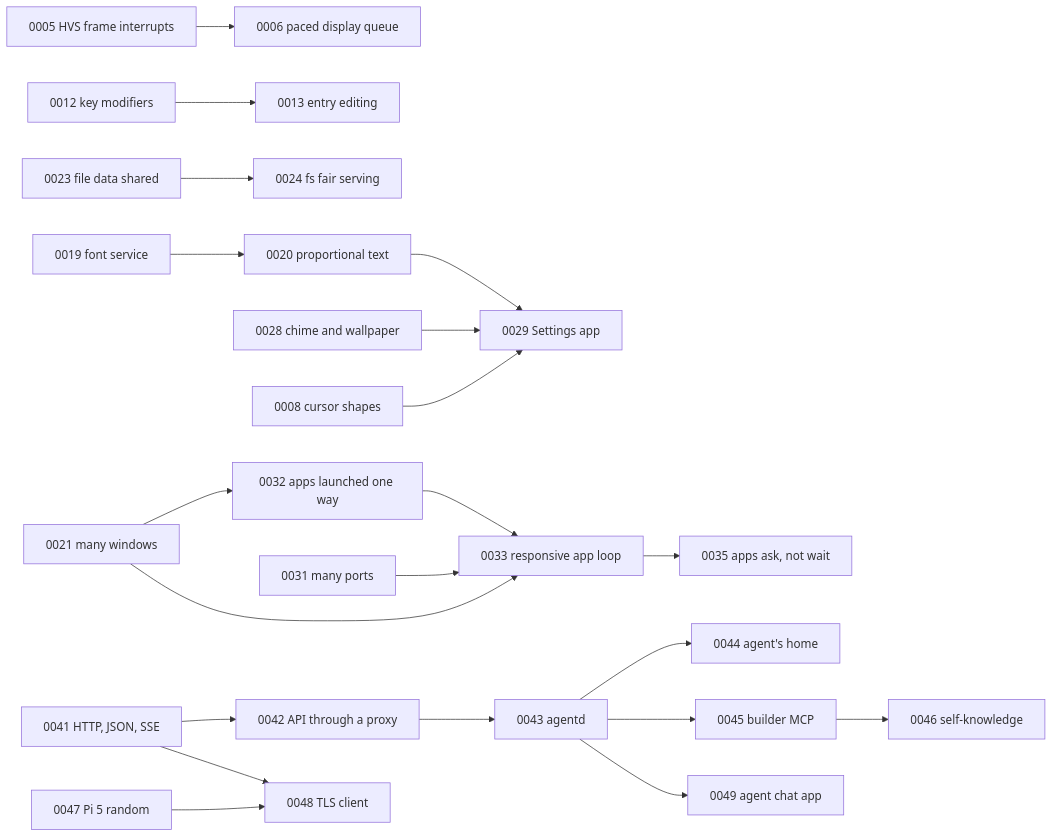
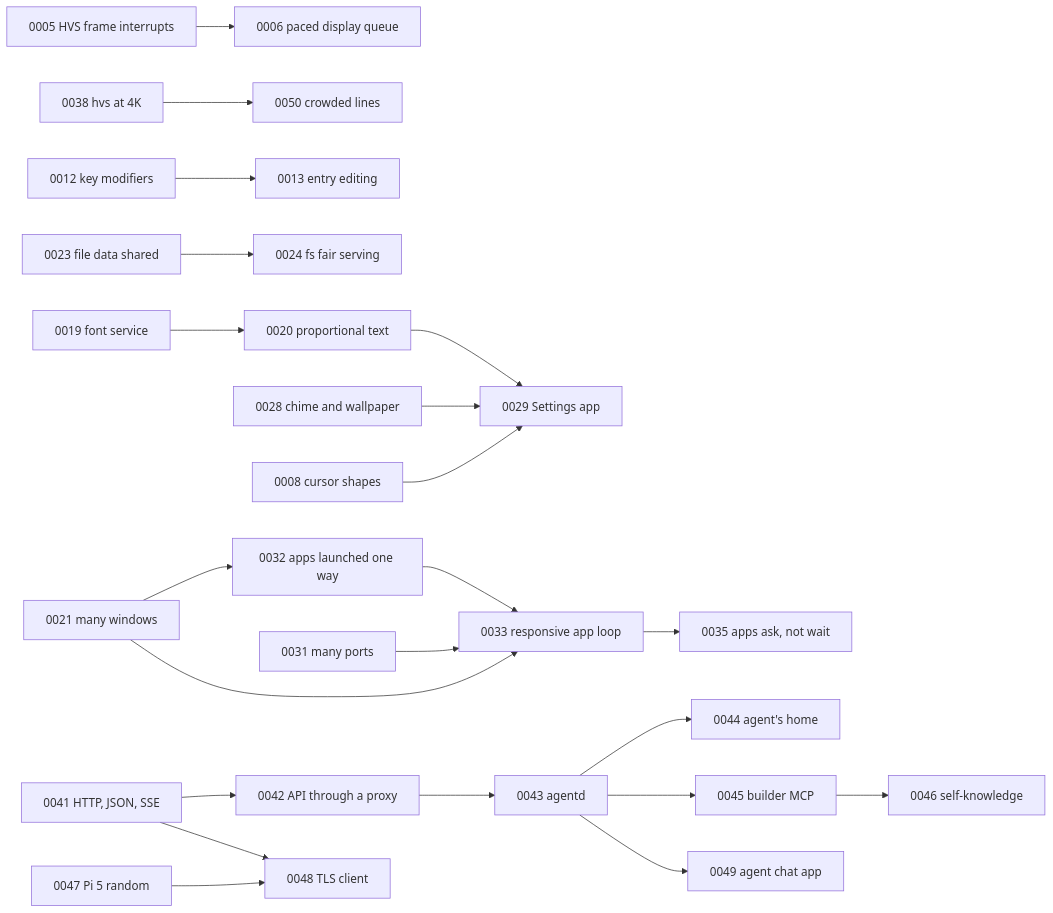
The diagram in roadmap/INDEX.md (misleb/L0S), drawn with Mermaid before and after one commit. The commit also changed other lines of this file and 20 other files, not shown here.

````diff
--- a/roadmap/INDEX.md
+++ b/roadmap/INDEX.md
@@ -66,23 +67,24 @@
 ```mermaid
 graph LR
   0005[0005 HVS frame interrupts] --> 0006[0006 paced display queue]
+  0038[0038 hvs at 4K] --> 0050[0050 crowded lines]
   0012[0012 key modifiers] --> 0013[0013 entry editing]
   0019[0019 font service] --> 0020[0020 proportional text]
   0023[0023 file data shared] --> 0024[0024 fs fair serving]
   0028[0028 chime and wallpaper] --> 0029[0029 Settings app]
   0008[0008 cursor shapes] --> 0029
   0020 --> 0029
   0021[0021 many windows] --> 0032[0032 apps launched one way]
   0032 --> 0033[0033 responsive app loop]
   0033 --> 0035[0035 apps ask, not wait]
   0031[0031 many ports] --> 0033
   0021 --> 0033
   0041[0041 HTTP, JSON, SSE] --> 0042[0042 API through a proxy]
   0042 --> 0043[0043 agentd]
   0043 --> 0044[0044 agent's home]
   0043 --> 0045[0045 builder MCP]
   0045 --> 0046[0046 self-knowledge]
   0043 --> 0049[0049 agent chat app]
   0041 --> 0048[0048 TLS client]
   0047[0047 Pi 5 random] --> 0048
 ```
````
